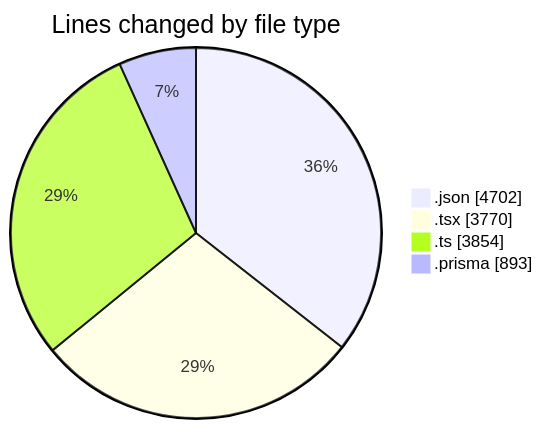
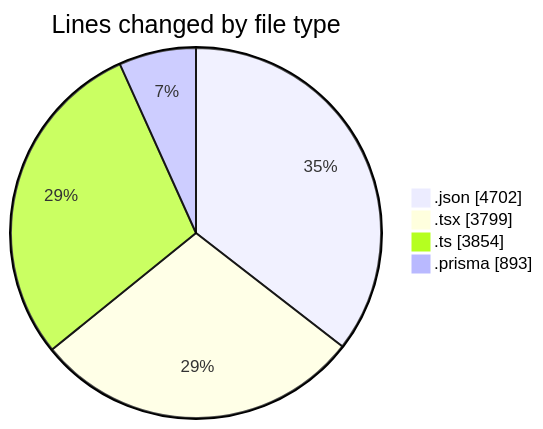
The first of 2 diagrams in 2025-05-05/ecodeli/README.md (CELIANVF/code-tracking), drawn with Mermaid before and after one commit. The commit also changed other lines of this file and 1 other file, not shown here.

````diff
--- a/2025-05-05/ecodeli/README.md
+++ b/2025-05-05/ecodeli/README.md
@@ -47,8 +47,8 @@
 ```mermaid
 pie showData
 title Lines changed by file type
 ".json" : 4702
-".tsx" : 3770
+".tsx" : 3799
 ".ts" : 3854
 ".prisma" : 893
 ```
````
